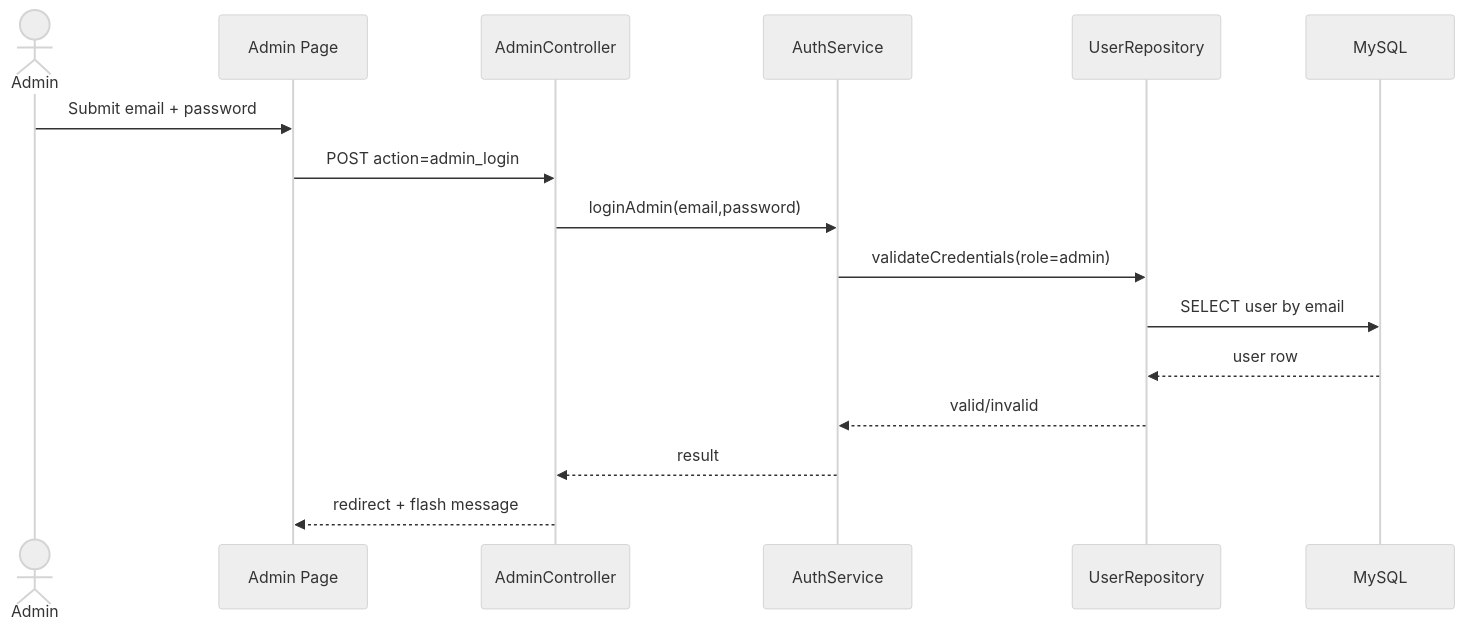
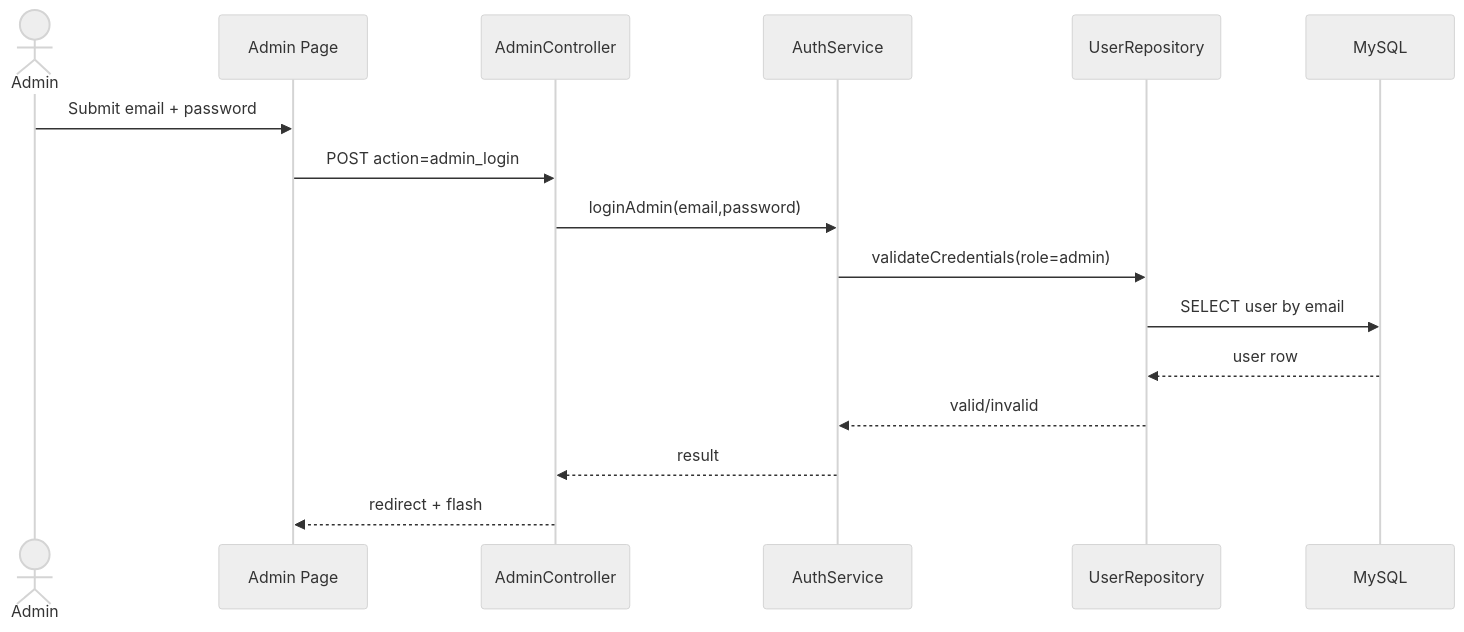
Before and after one commit to yeniseptianiputri/ta-pemilihan-laptop: the second of 7 diagrams in README.md, drawn with Mermaid (neutral theme). The commit also changed other lines of this file and 15 other files, not shown here.

````diff
--- a/README.md
+++ b/README.md
@@ -172,19 +202,19 @@
 ```mermaid
 sequenceDiagram
     actor Admin
     participant View as Admin Page
     participant C as AdminController
     participant S as AuthService
     participant R as UserRepository
     participant DB as MySQL
 
     Admin->>View: Submit email + password
     View->>C: POST action=admin_login
     C->>S: loginAdmin(email,password)
     S->>R: validateCredentials(role=admin)
     R->>DB: SELECT user by email
     DB-->>R: user row
     R-->>S: valid/invalid
     S-->>C: result
-    C-->>View: redirect + flash message
+    C-->>View: redirect + flash
 ```
````
